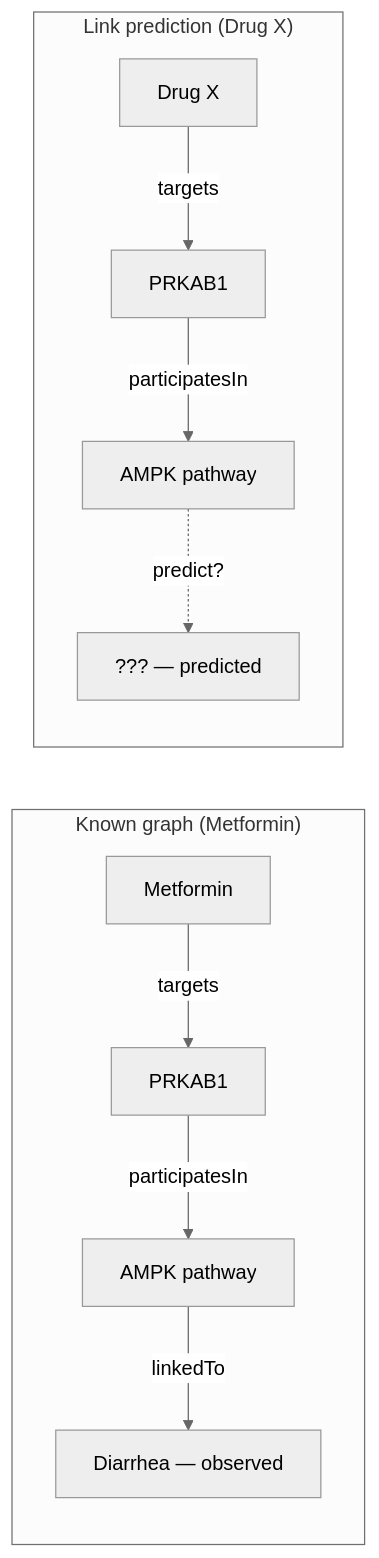
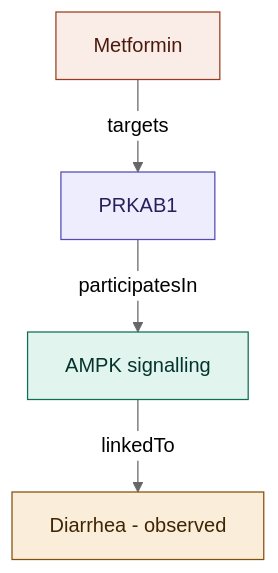
The first of 2 diagrams in README.md (inab-certh/MIE2026-Knowledge-Graph-for-Drug-Safety), drawn with Mermaid (neutral theme) before and after one commit. The commit also changed other lines of this file, not shown here.

````diff
--- a/README.md
+++ b/README.md
@@ -230,14 +207,10 @@
 ```mermaid
-graph LR
-  subgraph Known["Known graph (Metformin)"]
-    M[Metformin] -->|targets| P[PRKAB1]
-    P -->|participatesIn| R[AMPK pathway]
-    R -->|linkedTo| D[Diarrhea — observed]
-  end
-
-  subgraph Predicted["Link prediction (Drug X)"]
-    X[Drug X] -->|targets| P2[PRKAB1]
-    P2 -->|participatesIn| R2[AMPK pathway]
-    R2 -.->|predict?| U[??? — predicted]
-  end
+graph TD
+  M[Metformin]:::drug -->|targets| P[PRKAB1]:::protein
+  P -->|participatesIn| R[AMPK signalling]:::pathway
+  R -->|linkedTo| D[Diarrhea - observed]:::adr
+  classDef drug fill:#FAECE7,stroke:#993C1D,color:#4A1B0C
+  classDef protein fill:#EEEDFE,stroke:#534AB7,color:#26215C
+  classDef pathway fill:#E1F5EE,stroke:#0F6E56,color:#04342C
+  classDef adr fill:#FAEEDA,stroke:#854F0B,color:#412402
 ```
````
